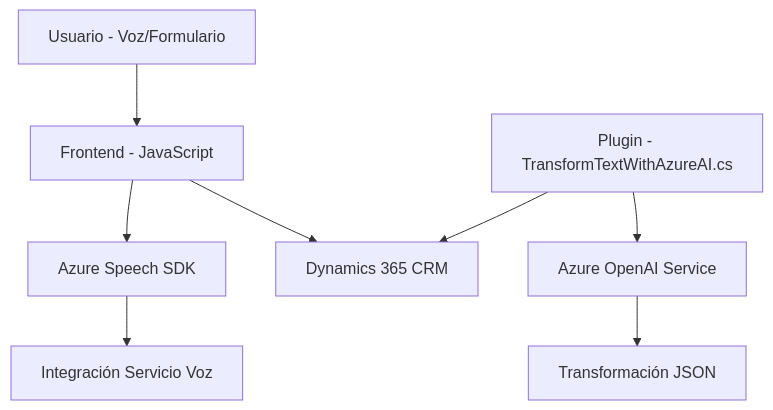
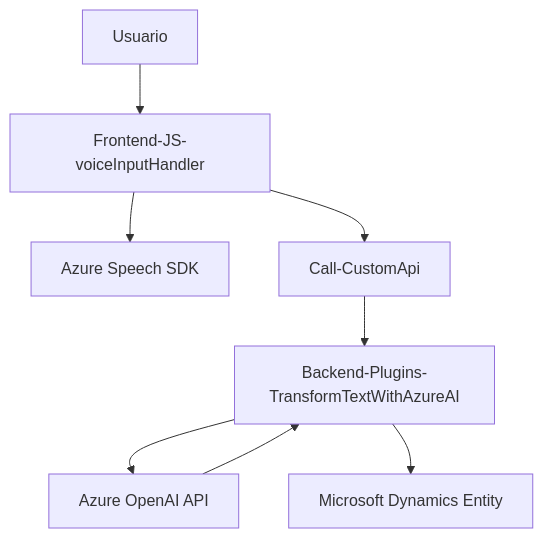
The diagram in README.md (blopezdm/NETCORE_BILBAO2025), drawn with Mermaid before and after one commit. The commit also changed other lines of this file, not shown here.

````diff
--- a/README.md
+++ b/README.md
@@ -69,17 +41,10 @@
 ```mermaid
 graph TD
-    FrontendJS["Frontend - JavaScript"]
-    Plugin["Plugin - TransformTextWithAzureAI.cs"]
-    AzureSpeechSDK["Azure Speech SDK"]
-    AzureAIService["Azure OpenAI Service"]
-    DynamicsCRM["Dynamics 365 CRM"]
-    UserTrigger["Usuario - Voz/Formulario"]
-
-    UserTrigger --> FrontendJS
-    FrontendJS --> AzureSpeechSDK
-    FrontendJS --> DynamicsCRM
-    Plugin --> DynamicsCRM
-    Plugin --> AzureAIService
-    AzureSpeechSDK --> AzureServiceIntegration["Integración Servicio Voz"]
-    AzureAIService --> AzureServiceTransform["Transformación JSON"]
+    A["Usuario"] --> B["Frontend-JS-voiceInputHandler"]
+    B --> C["Azure Speech SDK"]
+    B --> D["Call-CustomApi"]
+    D --> E["Backend-Plugins-TransformTextWithAzureAI"]
+    E --> F["Azure OpenAI API"]
+    F --> E
+    E --> G["Microsoft Dynamics Entity"]
 ```
````
